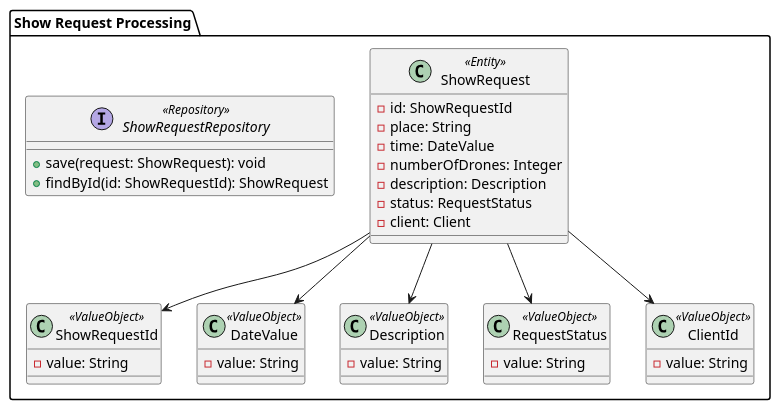
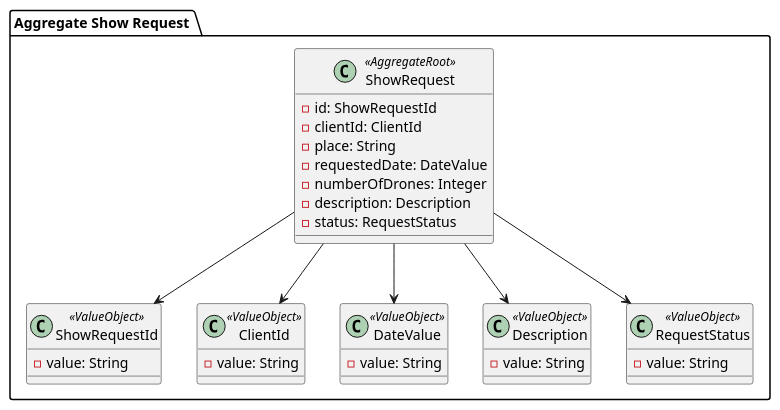
One commit to HenriqueSilva18/Drone-Show-Management-System changed the diagram in docs/us_110/subDomains/domains/aggregate_show_request.puml. Above: the diagram before and after it, drawn with PlantUML. The commit also changed 9 other files, not shown here.

```diff
--- a/docs/us_110/subDomains/domains/aggregate_show_request.puml
+++ b/docs/us_110/subDomains/domains/aggregate_show_request.puml
@@ -1,43 +1,43 @@
 @startuml
-package "Show Request Processing" {
-    ' Entidade ShowRequest que capta a solicitação de um show
-    class ShowRequest <<Entity>> {
-       - id: ShowRequestId
-       - place: String
-       - time: DateValue
-       - numberOfDrones: Integer
-       - description: Description
-       - status: RequestStatus
-       - client: Client
-    }
-    class ShowRequestId <<ValueObject>> {
-       - value: String
-    }
-    class DateValue <<ValueObject>> {
-       - value: String
-    }
-    class Description <<ValueObject>> {
-       - value: String
-    }
-    class RequestStatus <<ValueObject>> {
-       - value: String
+package "Aggregate Show Request " {
+
+    ' Agregado ShowRequest (Aggregate Root)
+    class ShowRequest <<AggregateRoot>> {
+        - id: ShowRequestId
+        - clientId: ClientId
+        - place: String
+        - requestedDate: DateValue
+        - numberOfDrones: Integer
+        - description: Description
+        - status: RequestStatus
     }
 
+    ' Value Objects associados
+    class ShowRequestId <<ValueObject>> {
+        - value: String
+    }
 
     class ClientId <<ValueObject>> {
-       - value: String
+        - value: String
     }
 
-    ' Repositório para as requisições de show
-    interface ShowRequestRepository <<Repository>> {
-       + save(request: ShowRequest): void
-       + findById(id: ShowRequestId): ShowRequest
+    class DateValue <<ValueObject>> {
+        - value: String
     }
 
+    class Description <<ValueObject>> {
+        - value: String
+    }
+
+    class RequestStatus <<ValueObject>> {
+        - value: String
+    }
+
+    ' Ligações
     ShowRequest --> ShowRequestId
+    ShowRequest --> ClientId
     ShowRequest --> DateValue
     ShowRequest --> Description
     ShowRequest --> RequestStatus
-    ShowRequest --> ClientId
 }
 @enduml
```
